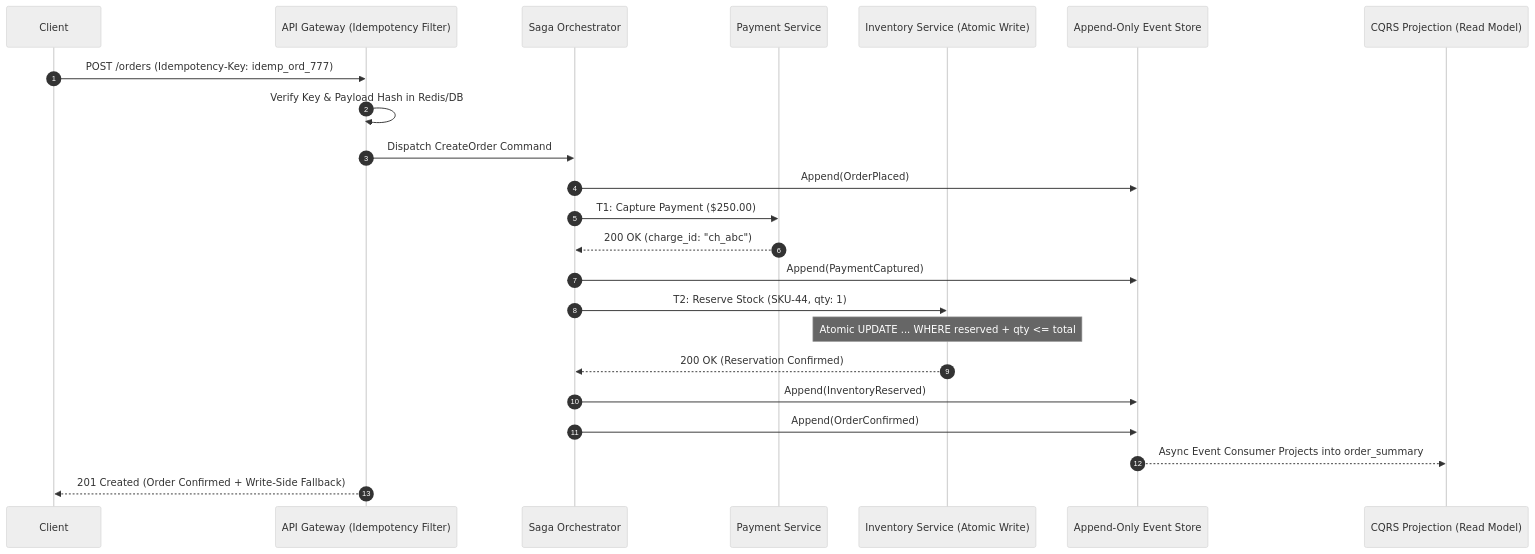
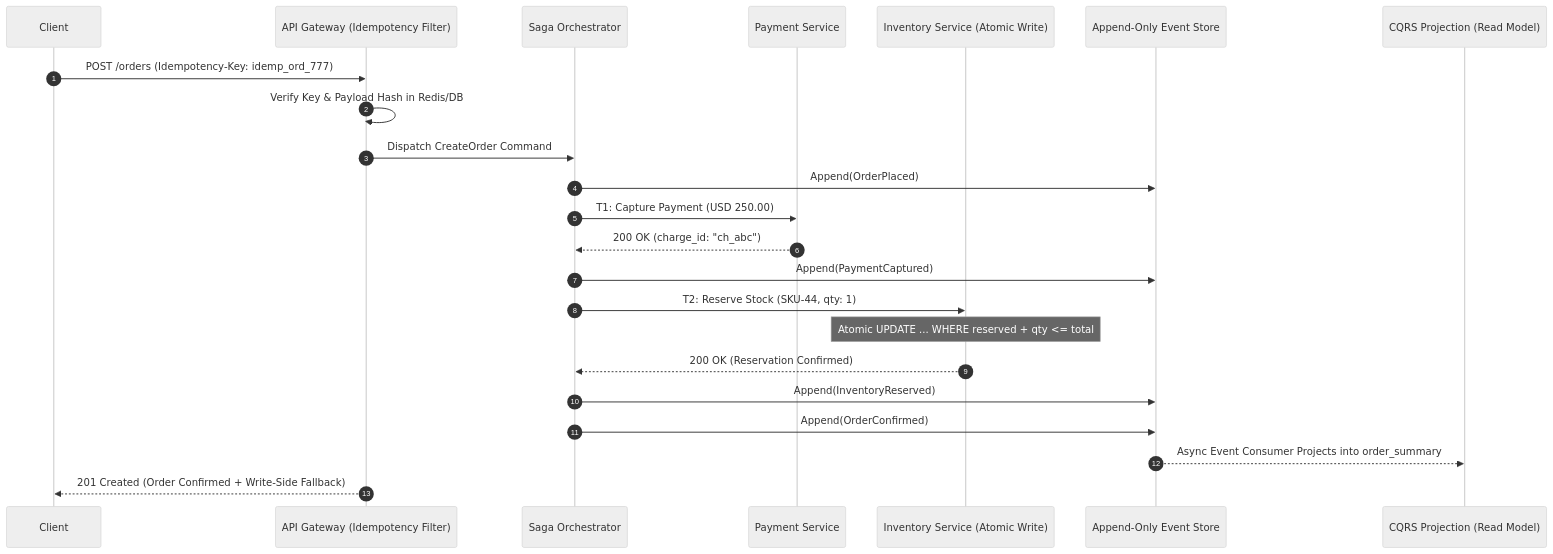
Before and after one commit to TapanKumarBarik/Backend-roadmap: the first of 4 diagrams in content/backend/10-distributed-systems-patterns/09-capstone-project/README.md, drawn with Mermaid (neutral theme). The commit also changed other lines of this file and 3 other files, not shown here.

````diff
--- a/content/backend/10-distributed-systems-patterns/09-capstone-project/README.md
+++ b/content/backend/10-distributed-systems-patterns/09-capstone-project/README.md
@@ -6,29 +10,29 @@
 ```mermaid
 sequenceDiagram
     autonumber
     participant Client
     participant Gateway as API Gateway (Idempotency Filter)
     participant Orchestrator as Saga Orchestrator
     participant PaymentSvc as Payment Service
     participant InventorySvc as Inventory Service (Atomic Write)
     participant EventStore as Append-Only Event Store
     participant Projection as CQRS Projection (Read Model)
 
     Client->>Gateway: POST /orders (Idempotency-Key: idemp_ord_777)
     Gateway->>Gateway: Verify Key & Payload Hash in Redis/DB
     Gateway->>Orchestrator: Dispatch CreateOrder Command
     Orchestrator->>EventStore: Append(OrderPlaced)
-    
-    Orchestrator->>PaymentSvc: T1: Capture Payment ($250.00)
+
+    Orchestrator->>PaymentSvc: T1: Capture Payment (USD 250.00)
     PaymentSvc-->>Orchestrator: 200 OK (charge_id: "ch_abc")
     Orchestrator->>EventStore: Append(PaymentCaptured)
 
     Orchestrator->>InventorySvc: T2: Reserve Stock (SKU-44, qty: 1)
     Note over InventorySvc: Atomic UPDATE ... WHERE reserved + qty <= total
     InventorySvc-->>Orchestrator: 200 OK (Reservation Confirmed)
     Orchestrator->>EventStore: Append(InventoryReserved)
 
     Orchestrator->>EventStore: Append(OrderConfirmed)
     EventStore-->>Projection: Async Event Consumer Projects into order_summary
     Gateway-->>Client: 201 Created (Order Confirmed + Write-Side Fallback)
 ```
````
